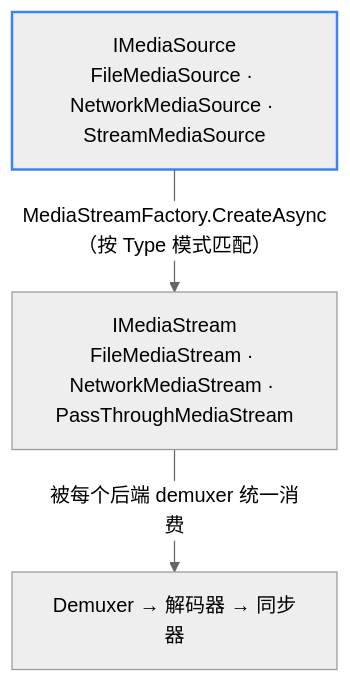
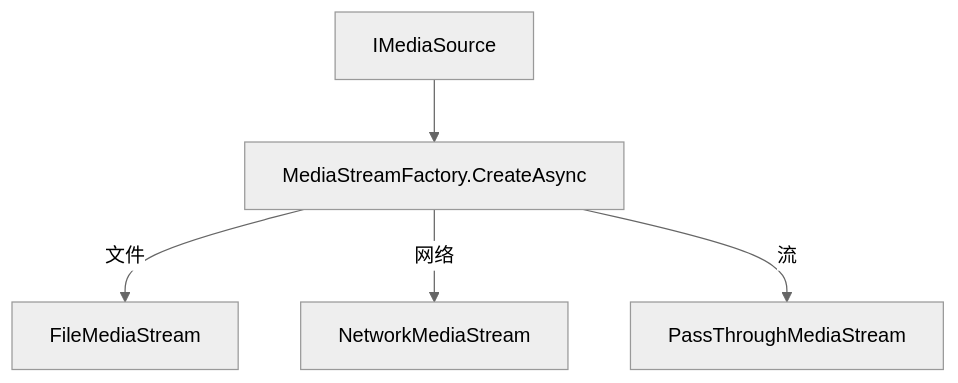
Before and after one commit to MoFeng-02/LingFan.Media: the diagram in docs/zh/guide/media-sources.md, drawn with Mermaid (neutral theme). The commit also changed other lines of this file and 275 other files, not shown here.

````diff
--- a/docs/zh/guide/media-sources.md
+++ b/docs/zh/guide/media-sources.md
@@ -19,6 +20,7 @@
 ```mermaid
 flowchart TD
-    A["IMediaSource<br/>FileMediaSource · NetworkMediaSource · StreamMediaSource"] -->|"MediaStreamFactory.CreateAsync（按 Type 模式匹配）"| B["IMediaStream<br/>FileMediaStream · NetworkMediaStream · PassThroughMediaStream"]
-    B -->|"被每个后端 demuxer 统一消费"| C["Demuxer → 解码器 → 同步器"]
-    style A stroke:#3b82f6,stroke-width:2px
+    SRC["IMediaSource"] --> F["MediaStreamFactory.CreateAsync"]
+    F -->|文件| FS["FileMediaStream"]
+    F -->|网络| NS["NetworkMediaStream"]
+    F -->|流| PS["PassThroughMediaStream"]
 ```
````
